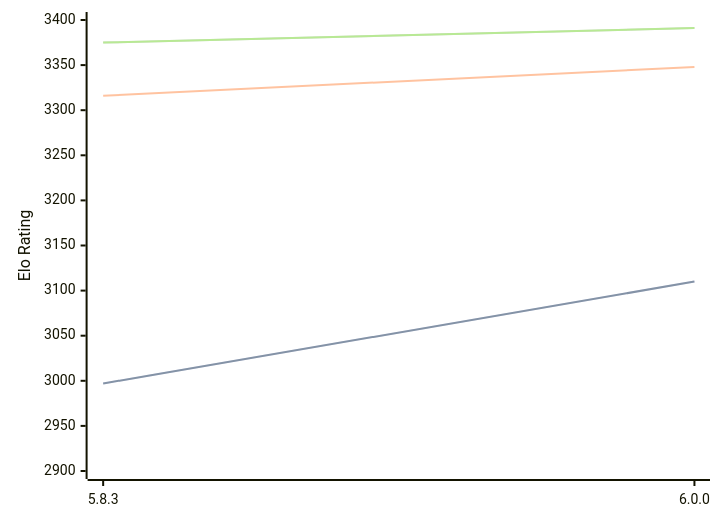
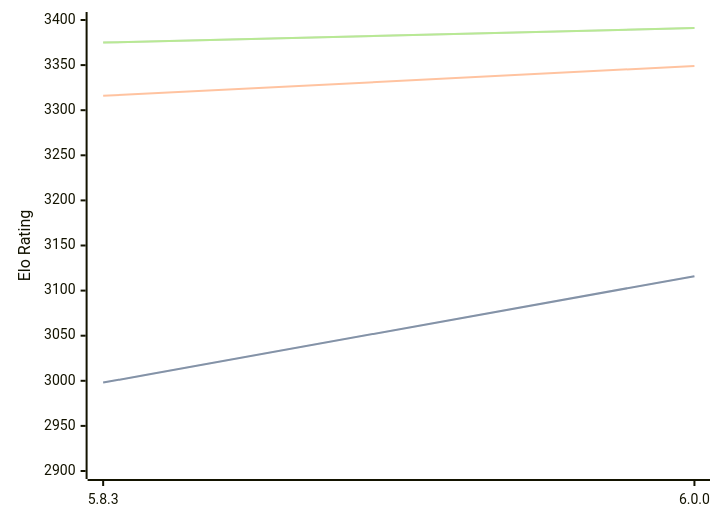
The diagram in engines/Zigqueen.md (computer-chess-index/cci), drawn with Mermaid before and after one commit. The commit also changed other lines of this file, not shown here.

````diff
--- a/engines/Zigqueen.md
+++ b/engines/Zigqueen.md
@@ -35,11 +35,11 @@
 ```mermaid
 %%{init: {"theme":"base","themeVariables":{"seriesColors:['#a3a3a3','#222221','#faa371']}}}%%
 xychart-beta
   x-axis ["5.8.3", "6.0.0"]
   y-axis "Elo Rating" 2900 --> 3400
-  line "STC (8.0+0.08s)" [2997, 3110]
-  line "STC (8.0+0.08s)" [2997, 3110]
-  line "LTC (60.0+0.60s)" [3316, 3348]
+  line "STC (8.0+0.08s)" [2998, 3116]
+  line "STC (8.0+0.08s)" [2998, 3116]
+  line "LTC (60.0+0.60s)" [3316, 3349]
   line "VLTC (2m24s+1.12s)" [3375, 3391]
   line "VLTC (2m24s+1.12s)" [3375, 3391]
 ```
````
